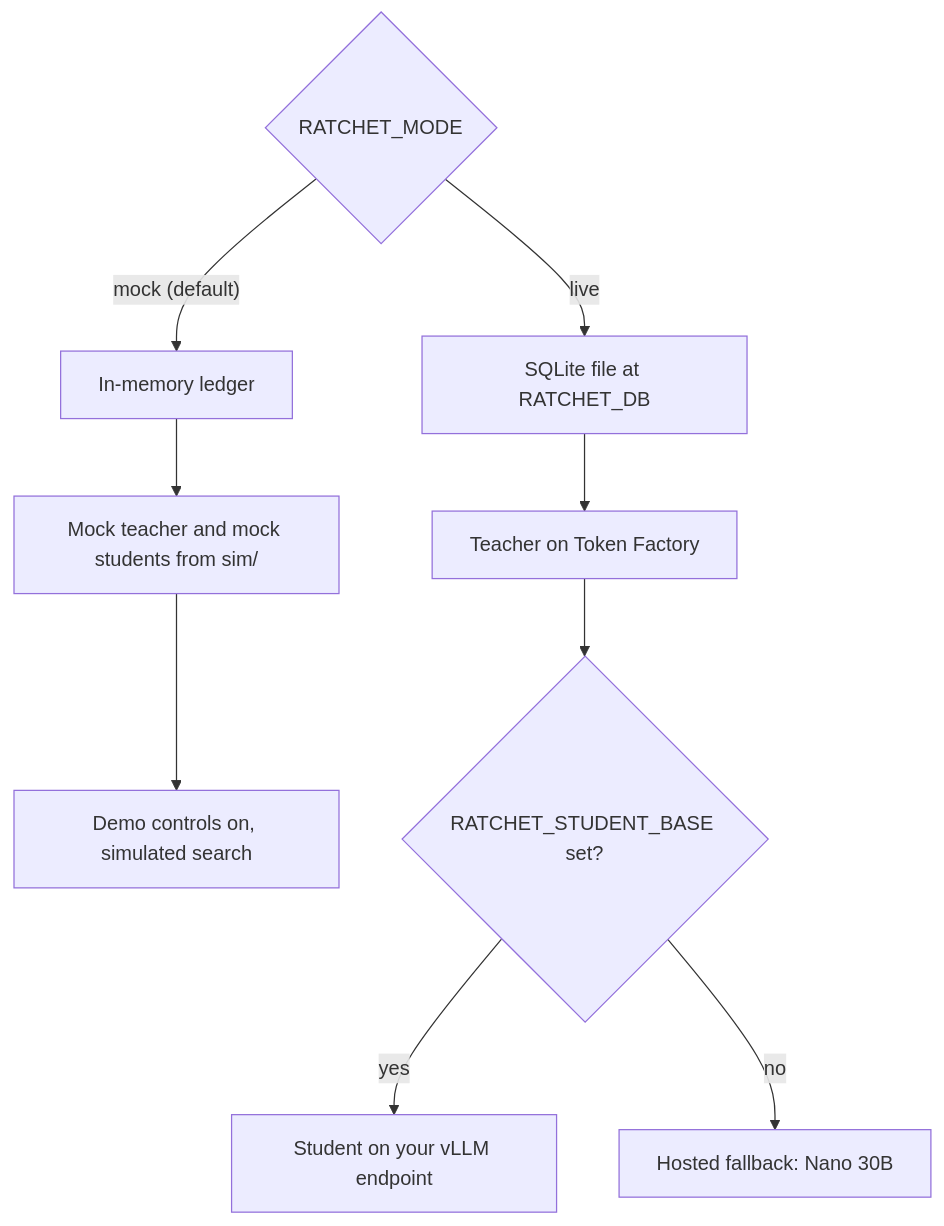
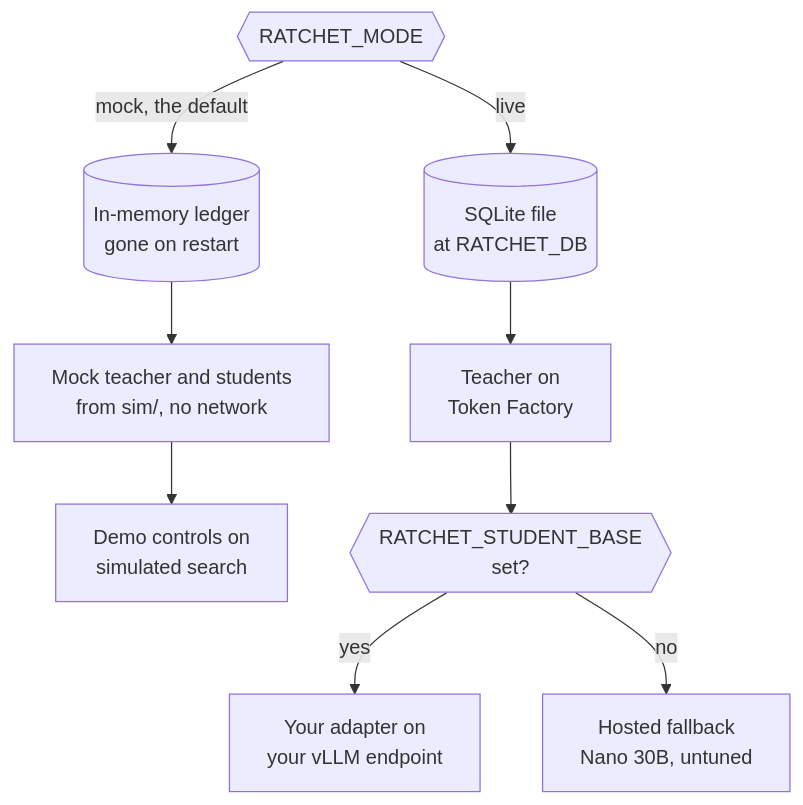
Before and after one commit to harshbhx/ratchet: the third of 4 diagrams in docs-site/src/content/docs/guides/big-picture.mdx, drawn with Mermaid. The commit also changed other lines of this file and 100 other files, not shown here.

First line of the commit message:
Docs v2: new design, Mermaid diagrams, React Bits components, text-to-SQL pages, fresh reference (#14)

````diff
--- a/docs-site/src/content/docs/guides/big-picture.mdx
+++ b/docs-site/src/content/docs/guides/big-picture.mdx
@@ -79,11 +167,19 @@
 ```mermaid
-flowchart TD
-    M{"RATCHET_MODE"} -->|"mock (default)"| A["In-memory ledger"]
-    A --> B["Mock teacher and mock students from sim/"]
-    B --> C["Demo controls on, simulated search"]
-    M -->|live| D["SQLite file at RATCHET_DB"]
-    D --> E["Teacher on Token Factory"]
-    E --> F{"RATCHET_STUDENT_BASE set?"}
-    F -->|yes| G["Student on your vLLM endpoint"]
-    F -->|no| H["Hosted fallback: Nano 30B"]
+flowchart TB
+  mode{{"RATCHET_MODE"}}
+  mode -->|"mock, the default"| m1[("In-memory ledger<br/>gone on restart")]
+  m1 --> m2["Mock teacher and students<br/>from sim/, no network"]
+  m2 --> m3["Demo controls on<br/>simulated search"]
+  mode -->|live| l1[("SQLite file<br/>at RATCHET_DB")]
+  l1 --> l2["Teacher on<br/>Token Factory"]
+  l2 --> sb{{"RATCHET_STUDENT_BASE<br/>set?"}}
+  sb -->|yes| l3["Your adapter on<br/>your vLLM endpoint"]
+  sb -->|no| l4["Hosted fallback<br/>Nano 30B, untuned"]
+
+  class mode,sb gate
+  class m1,l1 store
+  class m2,m3 neutral
+  class l2 teacher
+  class l3 student
+  class l4 outline
 ```
````
